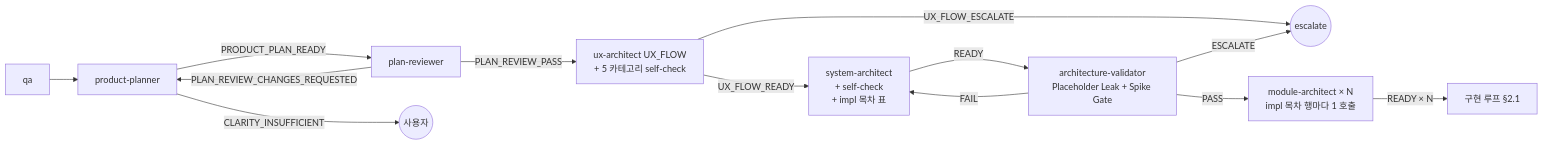
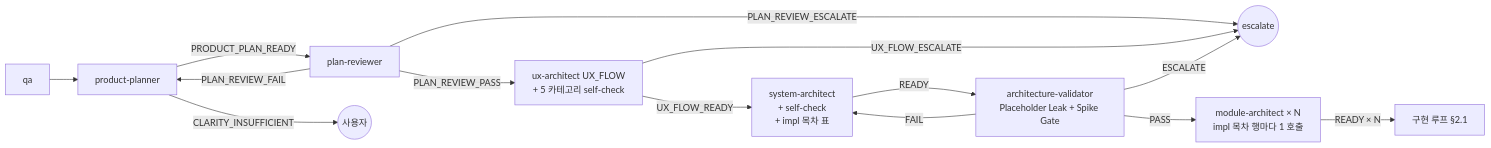
Before and after one commit to alruminum/dcNess: the third of 8 diagrams in docs/plugin/orchestration.md, drawn with Mermaid. The commit also changed other lines of this file and 3 other files, not shown here.

````diff
--- a/docs/plugin/orchestration.md
+++ b/docs/plugin/orchestration.md
@@ -124,15 +124,16 @@
 ```mermaid
 flowchart LR
     qa[qa] --> pp[product-planner]
     pp -->|PRODUCT_PLAN_READY| pr[plan-reviewer]
     pp -->|CLARITY_INSUFFICIENT| user((사용자))
     pr -->|PLAN_REVIEW_PASS| ux[ux-architect UX_FLOW<br/>+ 5 카테고리 self-check]
-    pr -->|PLAN_REVIEW_CHANGES_REQUESTED| pp
+    pr -->|PLAN_REVIEW_FAIL| pp
+    pr -->|PLAN_REVIEW_ESCALATE| esc
     ux -->|UX_FLOW_READY| sd[system-architect<br/>+ self-check<br/>+ impl 목차 표]
     ux -->|UX_FLOW_ESCALATE| esc((escalate))
     sd -->|READY| dv[architecture-validator<br/>Placeholder Leak + Spike Gate]
     dv -->|PASS| mp[module-architect × N<br/>impl 목차 행마다 1 호출]
     dv -->|FAIL| sd
     dv -->|ESCALATE| esc
     mp -->|READY × N| impl[구현 루프 §2.1]
 ```
````
